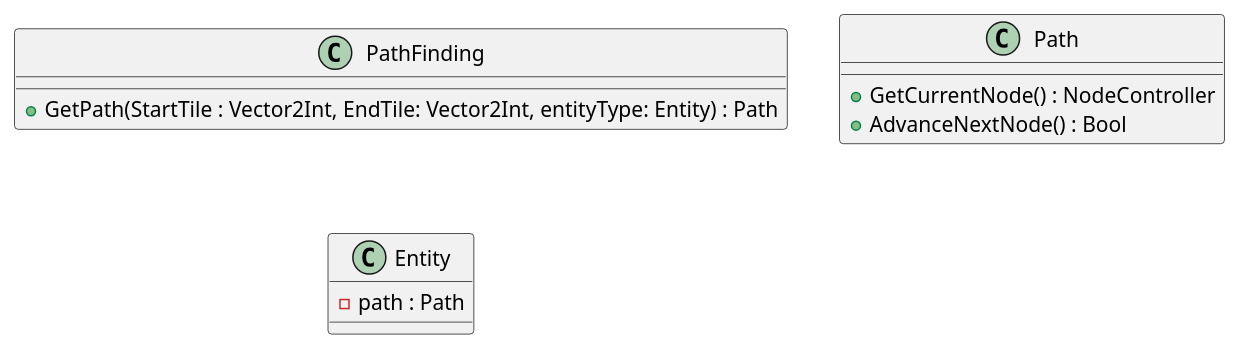
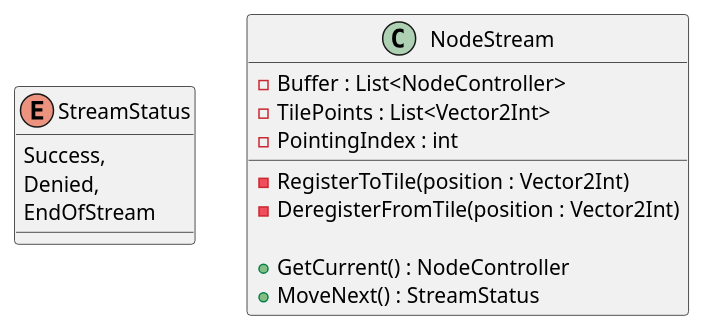
Before and after one commit to Jaren-Taylor/Smart-City-Dashboard: the diagram in Documentation/PUML/PathClassIdea.puml, drawn with PlantUML. The commit also changed 17 other files, not shown here.

```diff
--- a/Documentation/PUML/PathClassIdea.puml
+++ b/Documentation/PUML/PathClassIdea.puml
@@ -1,16 +1,18 @@
 @startuml
-class PathFinding{
-    +GetPath(StartTile : Vector2Int, EndTile: Vector2Int, entityType: Entity) : Path
+enum StreamStatus{
+    Success,
+    Denied,
+    EndOfStream
 }
 
-class Path {
-    +GetCurrentNode() : NodeController
-    +AdvanceNextNode() : Bool
+class NodeStream{
+    -Buffer : List<NodeController>
+    -TilePoints : List<Vector2Int>
+    -PointingIndex : int
+    -RegisterToTile(position : Vector2Int)
+    -DeregisterFromTile(position : Vector2Int)
+
+    +GetCurrent() : NodeController
+    +MoveNext() : StreamStatus
 }
-
-
-class Entity {
-    -path : Path
-}
-
 @enduml
```
